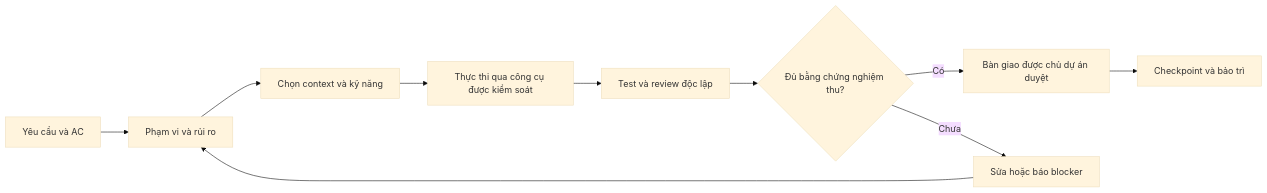
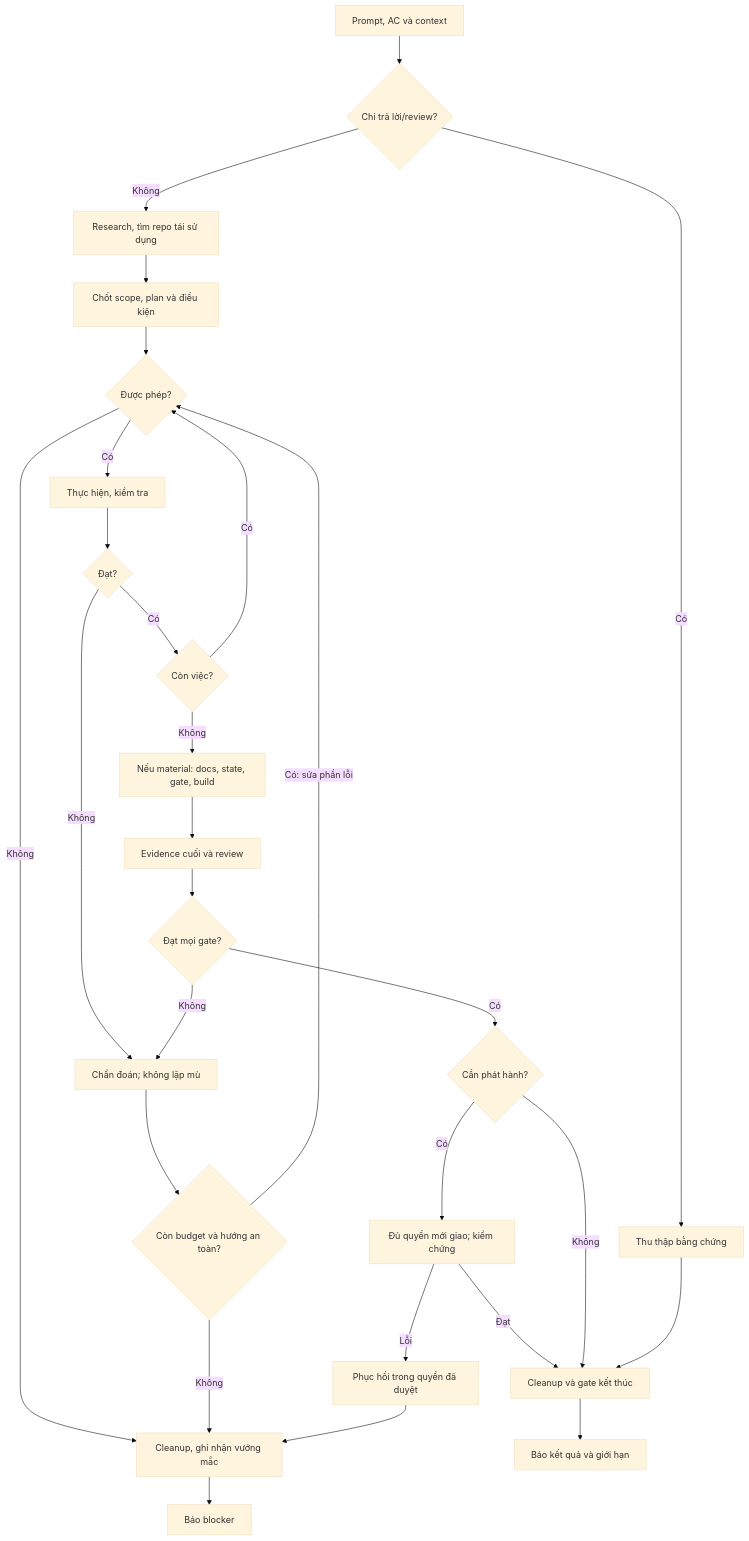
The diagram in README.vi.md (buiphucminhtam/forgewright), drawn with Mermaid (base theme) before and after one commit. The commit also changed other lines of this file and 39 other files, not shown here.

````diff
--- a/README.vi.md
+++ b/README.vi.md
@@ -79,12 +82,30 @@
 ```mermaid
-flowchart LR
-    A[Yêu cầu và AC] --> B[Phạm vi và rủi ro]
-    B --> C[Chọn context và kỹ năng]
-    C --> D[Thực thi qua công cụ được kiểm soát]
-    D --> E[Test và review độc lập]
-    E --> F{Đủ bằng chứng nghiệm thu?}
-    F -->|Có| G[Bàn giao được chủ dự án duyệt]
-    F -->|Chưa| H[Sửa hoặc báo blocker]
-    H --> B
-    G --> I[Checkpoint và bảo trì]
+flowchart TD
+    A[Prompt, AC và context] --> B{Chỉ trả lời/review?}
+    B -->|Có| Q[Thu thập bằng chứng]
+    B -->|Không| R[Research, tìm repo tái sử dụng]
+    R --> P[Chốt scope, plan và điều kiện]
+    P --> G{Được phép?}
+    G -->|Có| E[Thực hiện, kiểm tra]
+    G -->|Không| X
+    E --> M{Đạt?}
+    M -->|Không| F[Chẩn đoán; không lặp mù]
+    F --> H{Còn budget và hướng an toàn?}
+    H -->|Có: sửa phần lỗi| G
+    H -->|Không| X
+    M -->|Có| N{Còn việc?}
+    N -->|Có| G
+    N -->|Không| D[Nếu material: docs, state, gate, build]
+    D --> V[Evidence cuối và review]
+    V --> K{Đạt mọi gate?}
+    K -->|Không| F
+    K -->|Có| S{Cần phát hành?}
+    S -->|Có| T[Đủ quyền mới giao; kiểm chứng]
+    T -->|Lỗi| I[Phục hồi trong quyền đã duyệt]
+    I --> X
+    T -->|Đạt| L
+    S -->|Không| L
+    Q --> L[Cleanup và gate kết thúc]
+    L --> Z[Báo kết quả và giới hạn]
+    X[Cleanup, ghi nhận vướng mắc] --> W[Báo blocker]
 ```
````
